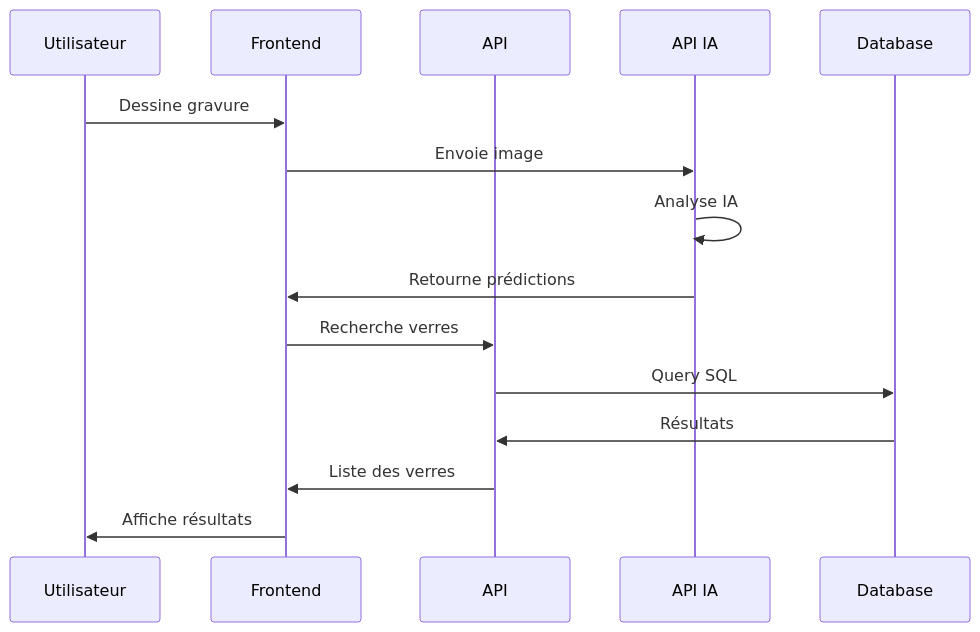
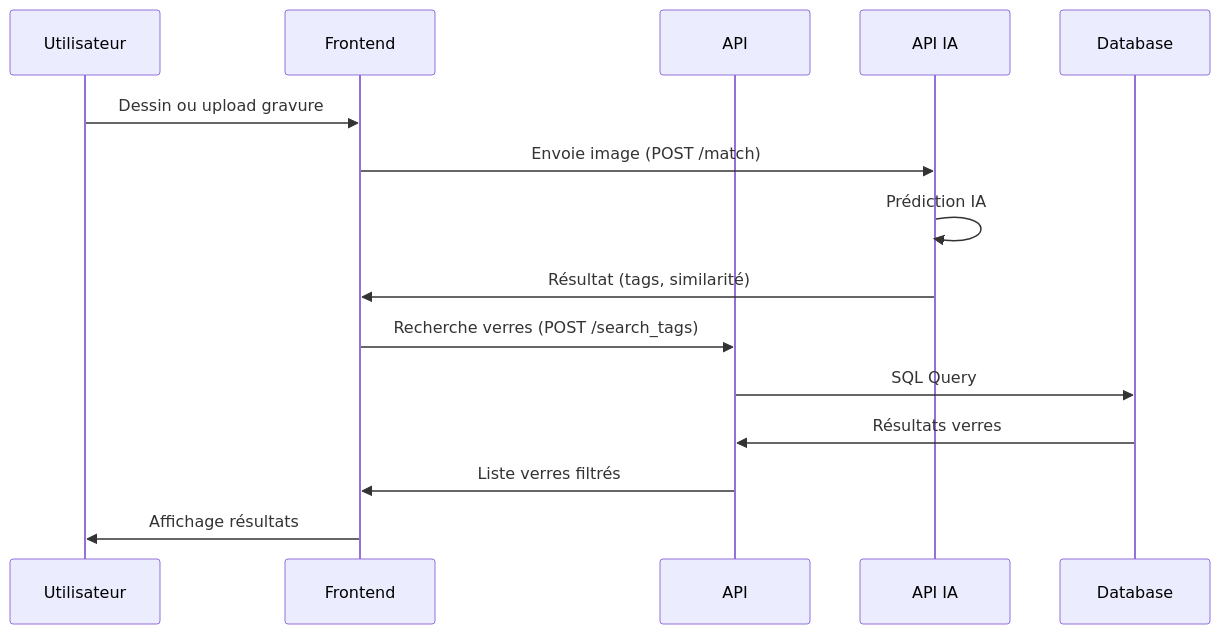
Before and after one commit to AntoineMLD/engravedetect-final: the second of 3 diagrams in README.md, drawn with Mermaid. The commit also changed other lines of this file, not shown here.

````diff
--- a/README.md
+++ b/README.md
@@ -132,18 +24,18 @@
 ```mermaid
 sequenceDiagram
     participant U as Utilisateur
     participant F as Frontend
     participant A as API
     participant I as API IA
     participant D as Database
 
-    U->>F: Dessine gravure
-    F->>I: Envoie image
-    I->>I: Analyse IA
-    I->>F: Retourne prédictions
-    F->>A: Recherche verres
-    A->>D: Query SQL
-    D->>A: Résultats
-    A->>F: Liste des verres
-    F->>U: Affiche résultats
+    U->>F: Dessin ou upload gravure
+    F->>I: Envoie image (POST /match)
+    I->>I: Prédiction IA
+    I->>F: Résultat (tags, similarité)
+    F->>A: Recherche verres (POST /search_tags)
+    A->>D: SQL Query
+    D->>A: Résultats verres
+    A->>F: Liste verres filtrés
+    F->>U: Affichage résultats
 ```
````
